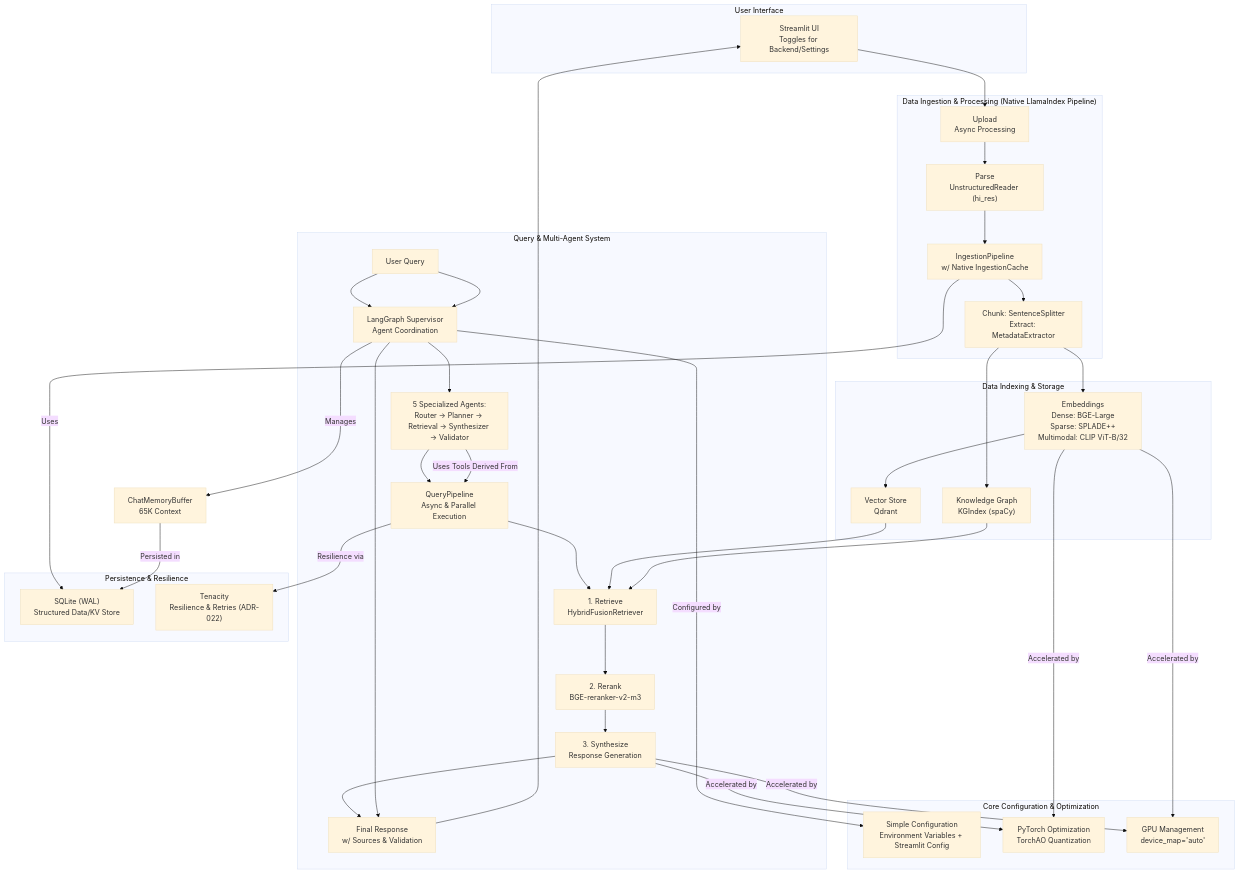
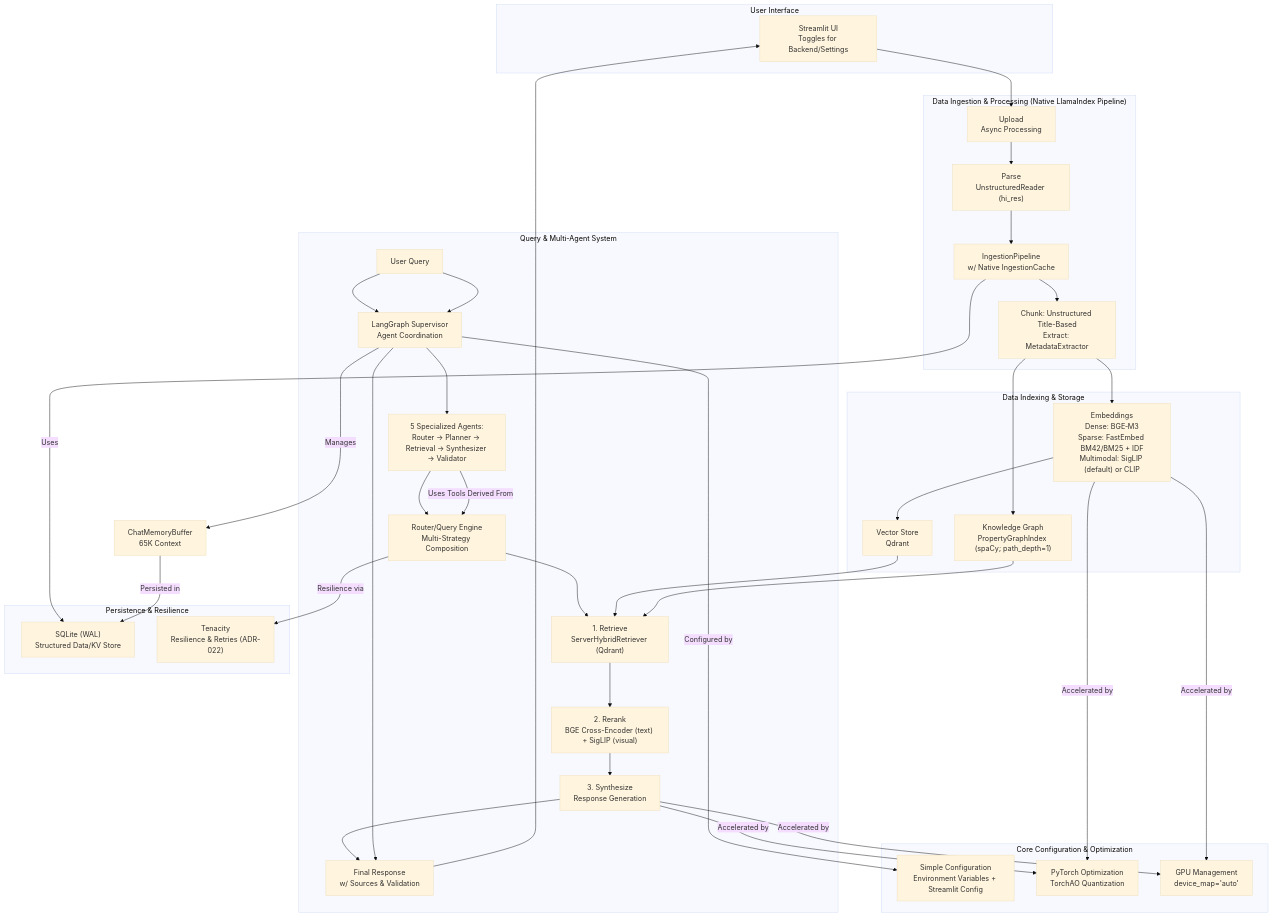
One commit to BjornMelin/docmind-ai-llm changed the diagram in docs/PRD.md. Above: the diagram before and after it, drawn with Mermaid (base theme). The commit also changed other lines of this file and 24 other files, not shown here.

````diff
--- a/docs/PRD.md
+++ b/docs/PRD.md
@@ -102,58 +106,58 @@
 ```mermaid
 graph TD
     subgraph "User Interface"
         A["Streamlit UI<br/>Toggles for Backend/Settings"]
     end
 
     subgraph "Data Ingestion & Processing (Native LlamaIndex Pipeline)"
         B["Upload<br/>Async Processing"] --> C["Parse<br/>UnstructuredReader (hi_res)"]
         C --> D["IngestionPipeline<br/>w/ Native IngestionCache"]
-        D --> E["Chunk: SentenceSplitter<br/>Extract: MetadataExtractor"]
+        D --> E["Chunk: Unstructured Title-Based<br/>Extract: MetadataExtractor"]
     end
 
     subgraph "Data Indexing & Storage"
-        E --> F["Embeddings<br/>Dense: BGE-Large<br/>Sparse: SPLADE++<br/>Multimodal: CLIP ViT-B/32"]
+        E --> F["Embeddings<br/>Dense: BGE‑M3<br/>Sparse: FastEmbed BM42/BM25 + IDF<br/>Multimodal: SigLIP (default) or CLIP"]
         F --> G["Vector Store<br/>Qdrant"]
-        E --> H["Knowledge Graph<br/>KGIndex (spaCy)"]
+        E --> H["Knowledge Graph<br/>PropertyGraphIndex (spaCy; path_depth=1)"]
     end
 
     subgraph "Query & Multi-Agent System"
         I["User Query"] --> J["LangGraph Supervisor<br/>Agent Coordination"]
         J --> K["5 Specialized Agents:<br/>Router → Planner → Retrieval → Synthesizer → Validator"]
-        K --> L["QueryPipeline<br/>Async & Parallel Execution"]
-        L --> M["1. Retrieve<br/>HybridFusionRetriever"]
-        M --> N["2. Rerank<br/>BGE-reranker-v2-m3"]
+        K --> L["Router/Query Engine<br/>Multi-Strategy Composition"]
+        L --> M["1. Retrieve<br/>ServerHybridRetriever (Qdrant)"]
+        M --> N["2. Rerank<br/>BGE Cross-Encoder (text) + SigLIP (visual)"]
         N --> O["3. Synthesize<br/>Response Generation"]
         O --> P["Final Response<br/>w/ Sources & Validation"]
     end
     
     subgraph "Core Configuration & Optimization"
         R["Simple Configuration<br/>Environment Variables + Streamlit Config"]
         S["PyTorch Optimization<br/>TorchAO Quantization"]
         T["GPU Management<br/>device_map='auto'"]
     end
 
     subgraph "Persistence & Resilience"
         U["SQLite (WAL)<br/>Structured Data/KV Store"]
         V["Tenacity<br/>Resilience & Retries (ADR-022)"]
     end
 
     %% Connections
     A --> B
     I --> J
     J --> P --> A
     
     G --> M
     H --> M
 
     K -- Uses Tools Derived From --> L
     J -- Manages --> Q[ChatMemoryBuffer<br/>65K Context]
 
     %% Link to Core Systems
     J -- Configured by --> R
     F -- Accelerated by --> S & T
     O -- Accelerated by --> S & T
     D -- Uses --> U
     Q -- Persisted in --> U
     L -- Resilience via --> V
 ```
````
